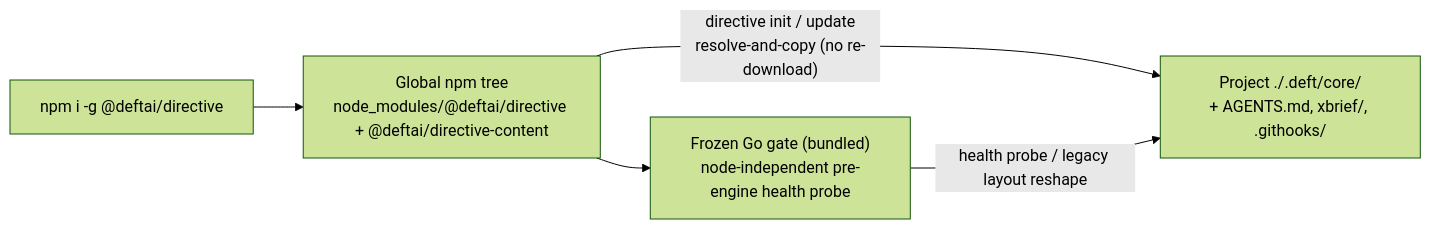
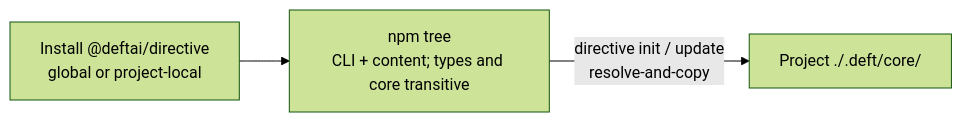
The fifth of 8 diagrams in docs/ARCHITECTURE.md (dbcall2/directive), drawn with Mermaid (forest theme) before and after one commit. The commit also changed other lines of this file and 2 other files, not shown here.

First line of the commit message:
docs(architecture): publish four-package npm topology (#4093)

````diff
--- a/docs/ARCHITECTURE.md
+++ b/docs/ARCHITECTURE.md
@@ -118,7 +156,5 @@
 ```mermaid
 flowchart LR
-    npm["npm i -g @deftai/directive"] --> Global["Global npm tree<br/>node_modules/@deftai/directive + @deftai/directive-content"]
-    Global -->|"directive init / update<br/>resolve-and-copy (no re-download)"| Proj["Project ./.deft/core/<br/>+ AGENTS.md, xbrief/, .githooks/"]
-    Global --> Gate["Frozen Go gate (bundled)<br/>node-independent pre-engine health probe"]
-    Gate -->|"health probe / legacy layout reshape"| Proj
+    Install["Install @deftai/directive<br/>global or project-local"] --> Tree["npm tree<br/>CLI + content; types and core transitive"]
+    Tree -->|"directive init / update<br/>resolve-and-copy"| Deposit["Project ./.deft/core/"]
 ```
````
